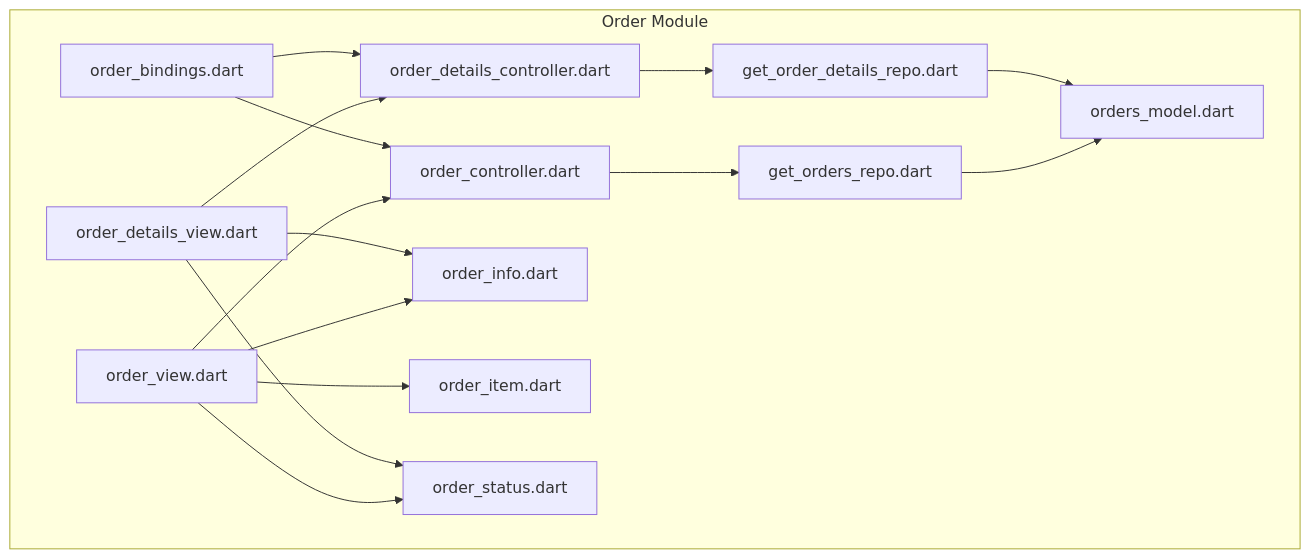
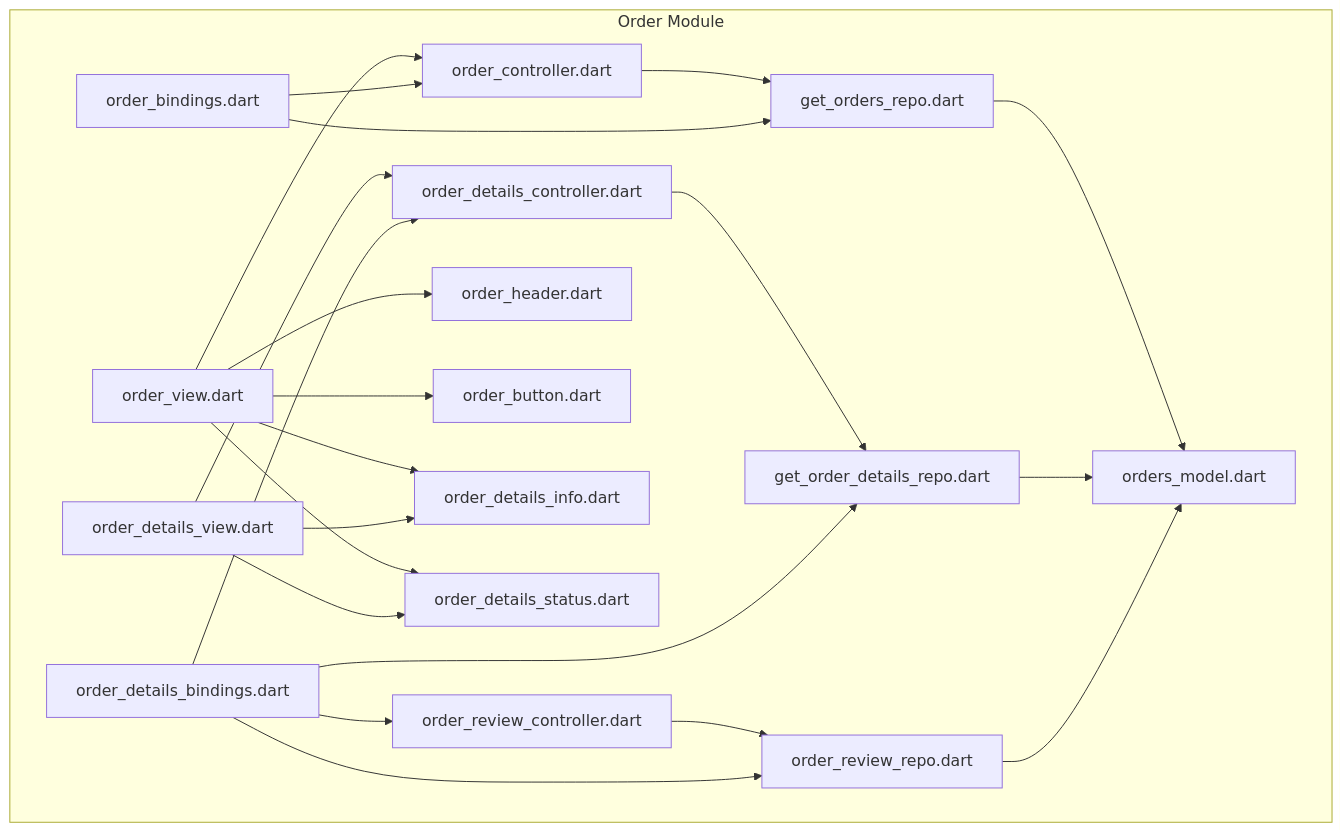
The first of 13 diagrams in .qoder/repowiki/en/content/Core Features/E-commerce Platform/Order Management System.md (Ariful3111/FurniGo), drawn with Mermaid before and after one commit. The commit also changed other lines of this file and 12 other files, not shown here.

````diff
--- a/.qoder/repowiki/en/content/Core Features/E-commerce Platform/Order Management System.md
+++ b/.qoder/repowiki/en/content/Core Features/E-commerce Platform/Order Management System.md
@@ -42,29 +60,40 @@
 ```mermaid
 graph TB
 subgraph "Order Module"
 V1["order_view.dart"]
 V2["order_details_view.dart"]
 C1["order_controller.dart"]
 C2["order_details_controller.dart"]
+C3["order_review_controller.dart"]
 R1["get_orders_repo.dart"]
 R2["get_order_details_repo.dart"]
+R3["order_review_repo.dart"]
 M["orders_model.dart"]
-W1["order_info.dart"]
-W2["order_item.dart"]
-W3["order_status.dart"]
-B["order_bindings.dart"]
+W1["order_header.dart"]
+W2["order_button.dart"]
+W3["order_details_info.dart"]
+W4["order_details_status.dart"]
+B1["order_bindings.dart"]
+B2["order_details_bindings.dart"]
 end
 V1 --> C1
 V2 --> C2
 C1 --> R1
 C2 --> R2
+C3 --> R3
 R1 --> M
 R2 --> M
+R3 --> M
 V1 --> W1
 V1 --> W2
 V1 --> W3
-V2 --> W1
+V1 --> W4
 V2 --> W3
-B --> C1
-B --> C2
+V2 --> W4
+B1 --> C1
+B1 --> R1
+B2 --> C2
+B2 --> C3
+B2 --> R2
+B2 --> R3
 ```
````
